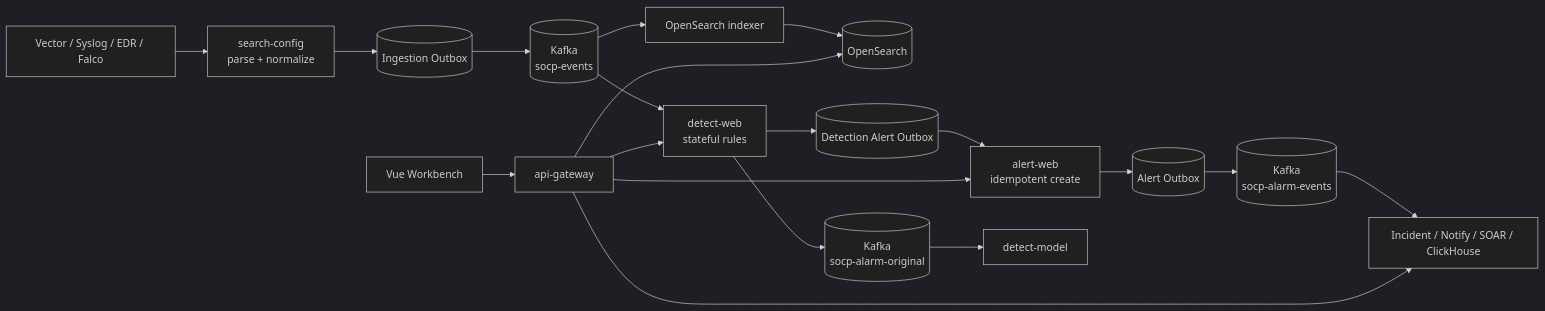
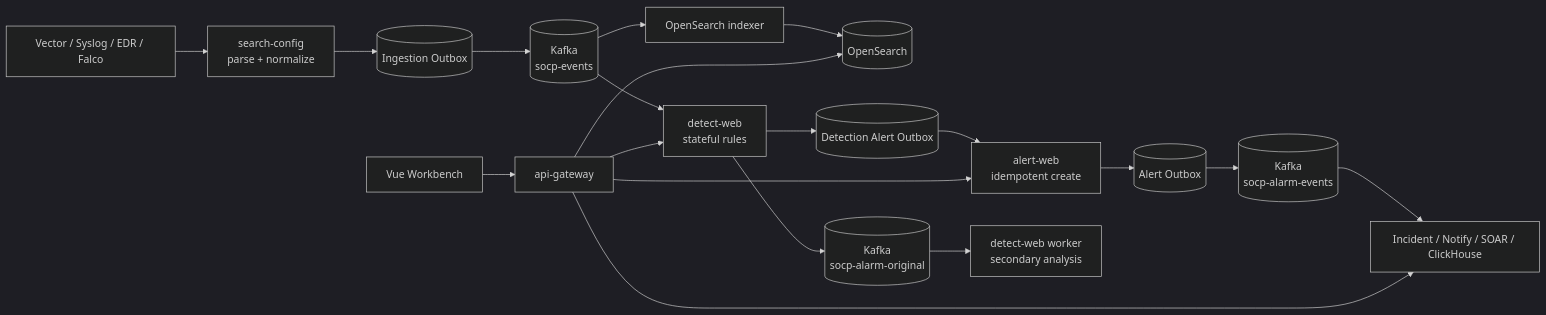
One commit to VincentXR/socp-siem changed the diagram in README.md. Above: the diagram before and after it, drawn with Mermaid (dark theme). The commit also changed other lines of this file and 68 other files, not shown here.

Commit message:
refactor(detection): embed secondary analyzer in worker

````diff
--- a/README.md
+++ b/README.md
@@ -14,21 +14,21 @@
 ```mermaid
 flowchart LR
   S[Vector / Syslog / EDR / Falco] --> P[search-config<br/>parse + normalize]
   P --> IO[(Ingestion Outbox)]
   IO --> K[(Kafka<br/>socp-events)]
   K --> D[detect-web<br/>stateful rules]
   K --> IX[OpenSearch indexer]
   IX --> OS[(OpenSearch)]
   D --> DO[(Detection Alert Outbox)]
   DO --> A[alert-web<br/>idempotent create]
   A --> AO[(Alert Outbox)]
   AO --> AK[(Kafka<br/>socp-alarm-events)]
   AK --> F[Incident / Notify / SOAR / ClickHouse]
   D --> DM[(Kafka<br/>socp-alarm-original)]
-  DM --> M[detect-model]
+  DM --> M[detect-web worker<br/>secondary analysis]
   UI[Vue Workbench] --> GW[api-gateway]
   GW --> D
   GW --> A
   GW --> OS
   GW --> F
 ```
````
